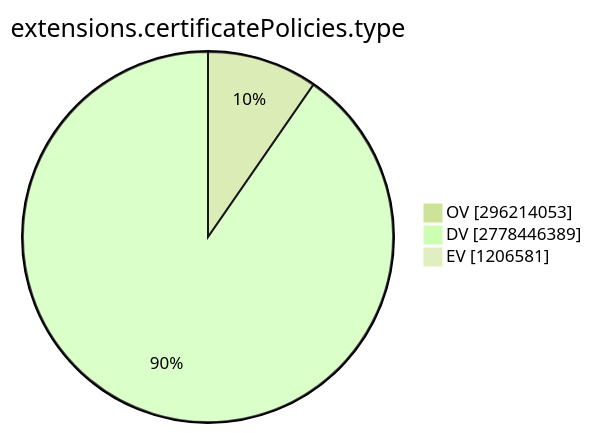
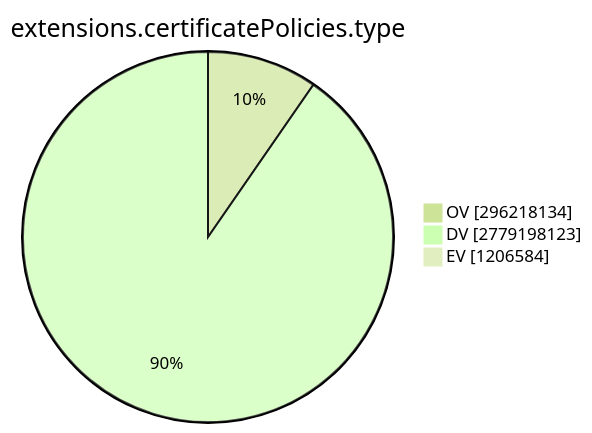
Before and after one commit to christiankrug/ctmonitor_visualization: the ninth of 15 diagrams in TOTAL/README.md, drawn with Mermaid (forest theme). The commit also changed other lines of this file, not shown here.

````diff
--- a/TOTAL/README.md
+++ b/TOTAL/README.md
@@ -3099,7 +3099,7 @@
 ```mermaid
 pie showData
 title extensions.certificatePolicies.type
-"OV" :296214053
-"DV" :2778446389
-"EV" :1206581
+"OV" :296218134
+"DV" :2779198123
+"EV" :1206584
 ```
````
